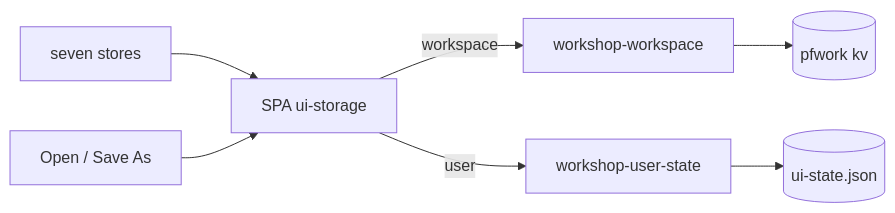
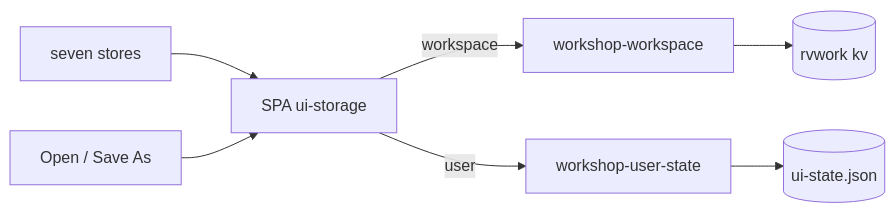
Before and after one commit to cppalliance/promptforge: the diagram in vibe/2026-09/2026-09-16-2-workshop-ui-state.md, drawn with Mermaid. The commit also changed other lines of this file and 1573 other files, not shown here.

````diff
--- a/vibe/2026-09/2026-09-16-2-workshop-ui-state.md
+++ b/vibe/2026-09/2026-09-16-2-workshop-ui-state.md
@@ -100,9 +100,9 @@
 ```mermaid
 flowchart LR
   Adapter[SPA ui-storage] -->|workspace| WS[workshop-workspace]
   Adapter -->|user| US[workshop-user-state]
-  WS --> PF[(pfwork kv)]
+  WS --> RV[(rvwork kv)]
   US --> UJ[(ui-state.json)]
   Stores[seven stores] --> Adapter
   Switch[Open / Save As] --> Adapter
 ```
````
